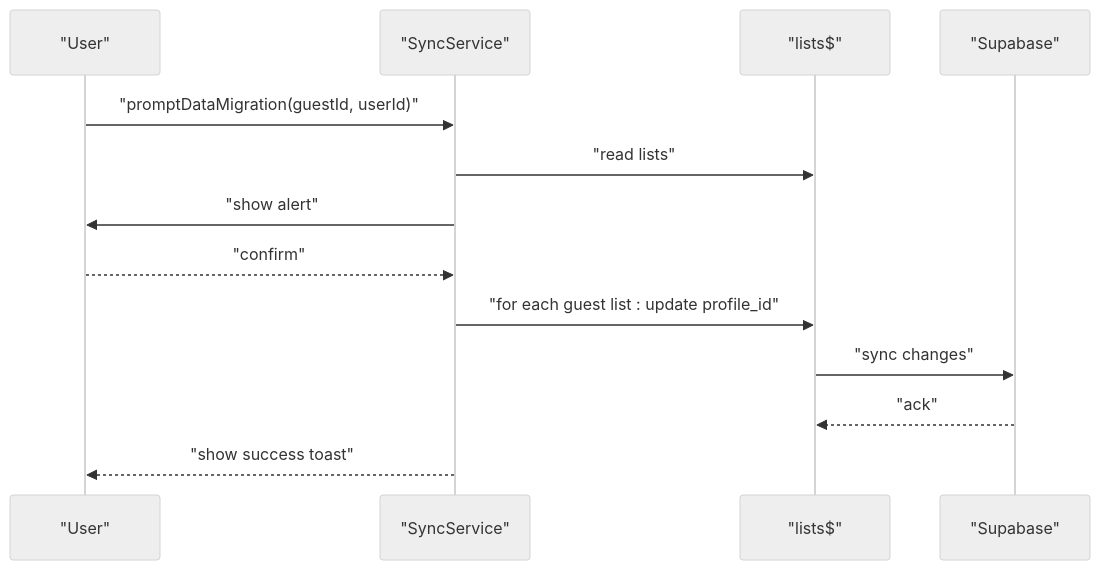
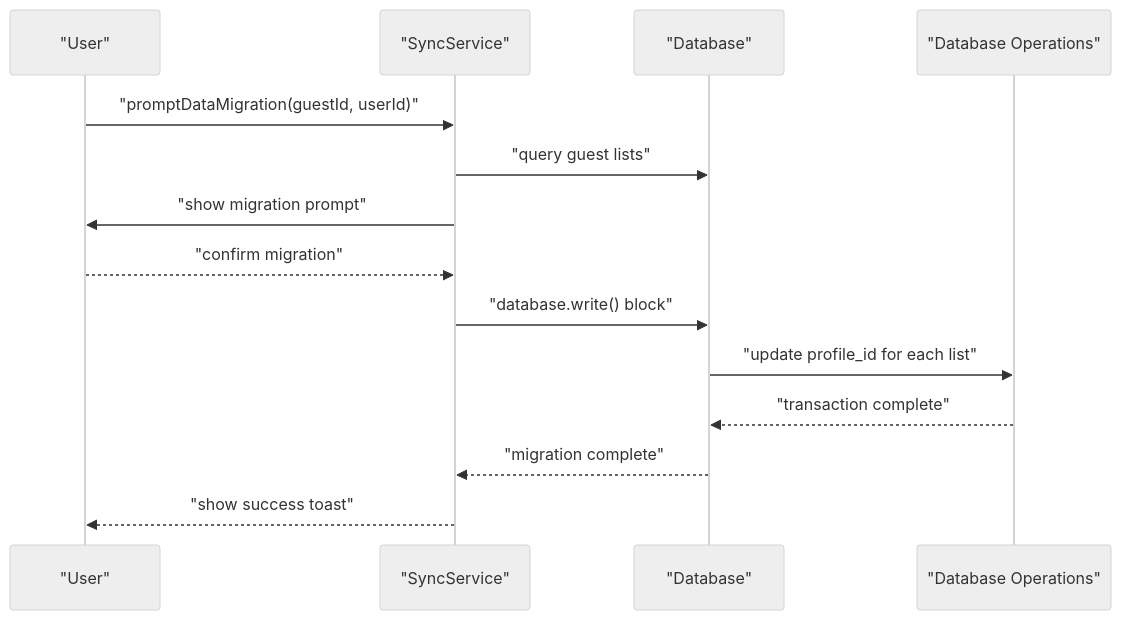
One commit to karllasouzza/PowerLists changed the ninth of 11 diagrams in .qoder/repowiki/en/content/State Management Architecture/State Management Architecture.md. Above: the diagram before and after it, drawn with Mermaid (neutral theme). The commit also changed other lines of this file and 5 other files, not shown here.

````diff
--- a/.qoder/repowiki/en/content/State Management Architecture/State Management Architecture.md
+++ b/.qoder/repowiki/en/content/State Management Architecture/State Management Architecture.md
@@ -378,15 +392,16 @@
 ```mermaid
 sequenceDiagram
 participant User as "User"
 participant Service as "SyncService"
-participant Store as "lists$"
-participant Supabase as "Supabase"
+participant DB as "Database"
+participant Ops as "Database Operations"
 User->>Service : "promptDataMigration(guestId, userId)"
-Service->>Store : "read lists"
-Service->>User : "show alert"
-User-->>Service : "confirm"
-Service->>Store : "for each guest list : update profile_id"
-Store->>Supabase : "sync changes"
-Supabase-->>Store : "ack"
+Service->>DB : "query guest lists"
+Service->>User : "show migration prompt"
+User-->>Service : "confirm migration"
+Service->>DB : "database.write() block"
+DB->>Ops : "update profile_id for each list"
+Ops-->>DB : "transaction complete"
+DB-->>Service : "migration complete"
 Service-->>User : "show success toast"
 ```
````
